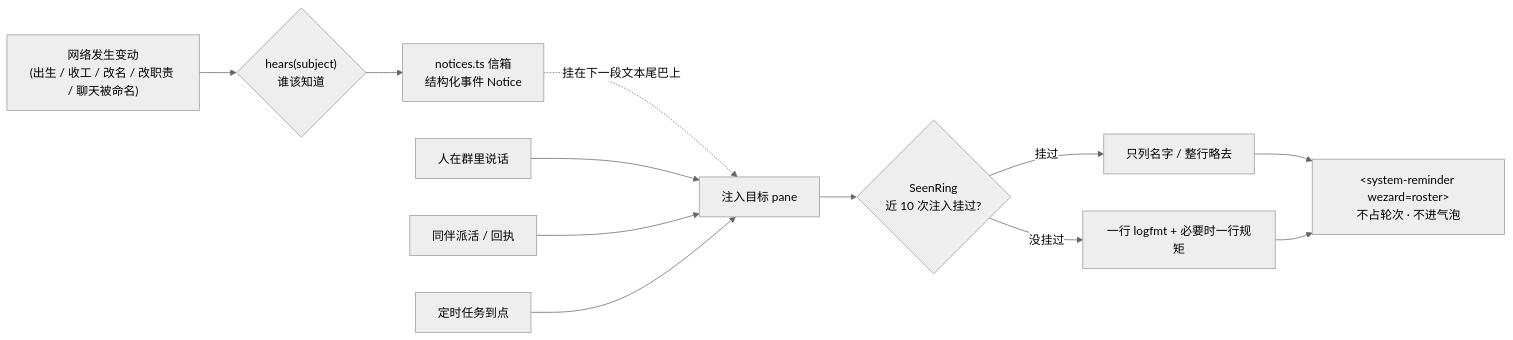
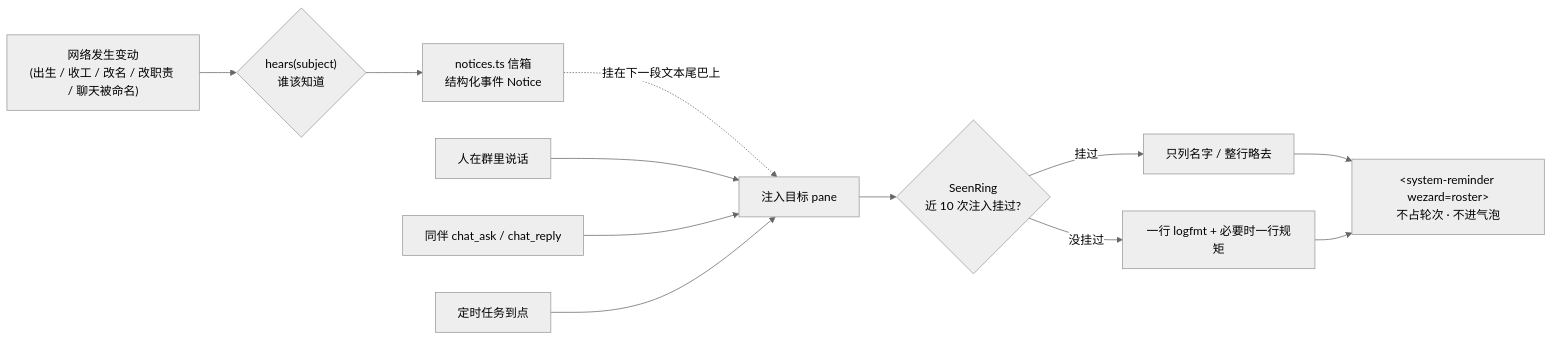
One commit to guxi11/wezard changed the eighth of 13 diagrams in 技术说明.md. Above: the diagram before and after it, drawn with Mermaid (neutral theme). The commit also changed other lines of this file and 3 other files, not shown here.

````diff
--- a/技术说明.md
+++ b/技术说明.md
@@ -239,14 +245,14 @@
 ```mermaid
 flowchart LR
     ev["网络发生变动<br/>(出生 / 收工 / 改名 / 改职责 / 聊天被命名)"] --> hears{"hears(subject)<br/>谁该知道"}
     hears --> box["notices.ts 信箱<br/>结构化事件 Notice"]
     box -.挂在下一段文本尾巴上.-> inj
     human["人在群里说话"] --> inj["注入目标 pane"]
-    peer["同伴派活 / 回执"] --> inj
+    peer["同伴 chat_ask / chat_reply"] --> inj
     cron["定时任务到点"] --> inj
     inj --> seen{"SeenRing<br/>近 10 次注入挂过?"}
     seen -- "挂过" --> short["只列名字 / 整行略去"]
     seen -- "没挂过" --> full["一行 logfmt + 必要时一行规矩"]
     short --> sr["&lt;system-reminder wezard=roster&gt;<br/>不占轮次 · 不进气泡"]
     full --> sr
 ```
````
